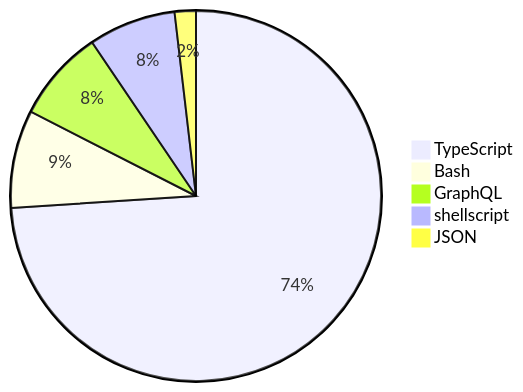
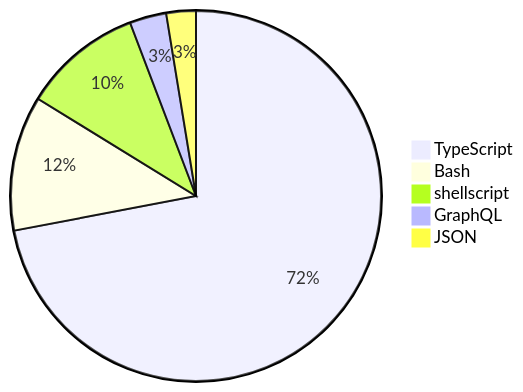
One commit to skvggor/skvggor changed the diagram in README.md. Above: the diagram before and after it, drawn with Mermaid.

Commit message:
Updated waka-readme graph with new metrics

````diff
--- a/README.md
+++ b/README.md
@@ -16,8 +16,8 @@
 ```mermaid
 pie
-    "TypeScript" : 71.9
-    "Bash" : 8.3
-    "GraphQL" : 7.8
-    "shellscript" : 7.4
-    "JSON" : 1.8
+    "TypeScript" : 69.7
+    "Bash" : 11.4
+    "shellscript" : 10.1
+    "GraphQL" : 3.1
+    "JSON" : 2.5
 ```
````
